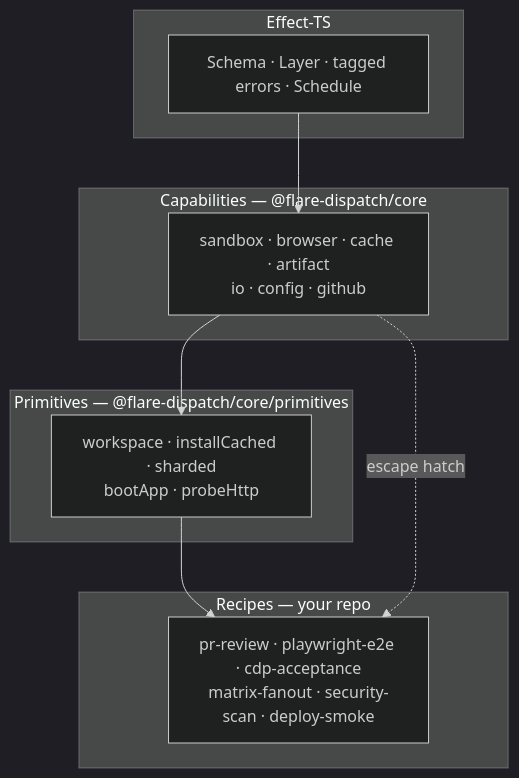
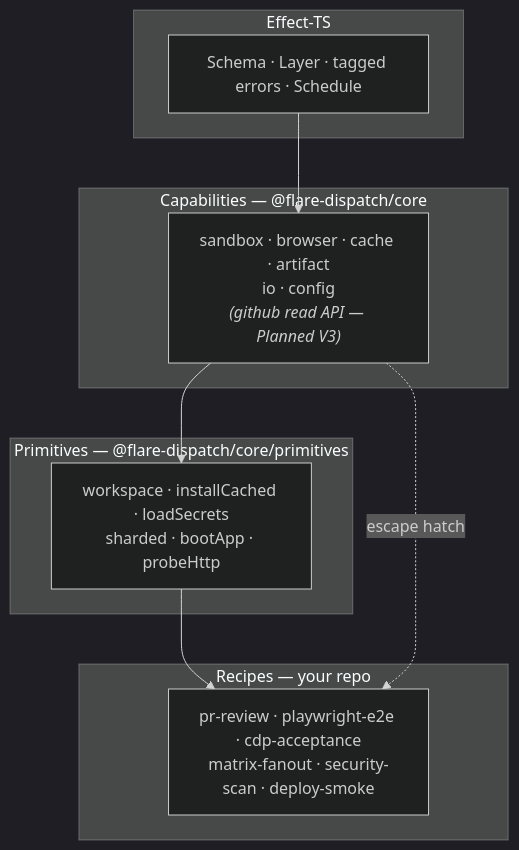
The diagram in specs/03-dsl.md (OpenHackersClub/flare-dispatch), drawn with Mermaid (dark theme) before and after one commit. The commit also changed other lines of this file and 5 other files, not shown here.

````diff
--- a/specs/03-dsl.md
+++ b/specs/03-dsl.md
@@ -9,19 +9,19 @@
 ```mermaid
 flowchart TB
   subgraph L0[Effect-TS]
     EFF[Schema · Layer · tagged errors · Schedule]
   end
   subgraph L1[Capabilities — @flare-dispatch/core]
-    CAP["sandbox · browser · cache · artifact<br/>io · config · github"]
+    CAP["sandbox · browser · cache · artifact<br/>io · config<br/><i>(github read API — Planned V3)</i>"]
   end
   subgraph L2[Primitives — @flare-dispatch/core/primitives]
-    PRIM["workspace · installCached · sharded<br/>bootApp · probeHttp"]
+    PRIM["workspace · installCached · loadSecrets<br/>sharded · bootApp · probeHttp"]
   end
   subgraph L3[Recipes — your repo]
     REC["pr-review · playwright-e2e · cdp-acceptance<br/>matrix-fanout · security-scan · deploy-smoke"]
   end
   EFF --> CAP
   CAP --> PRIM
   PRIM --> REC
   CAP -.->|escape hatch| REC
 ```
````
